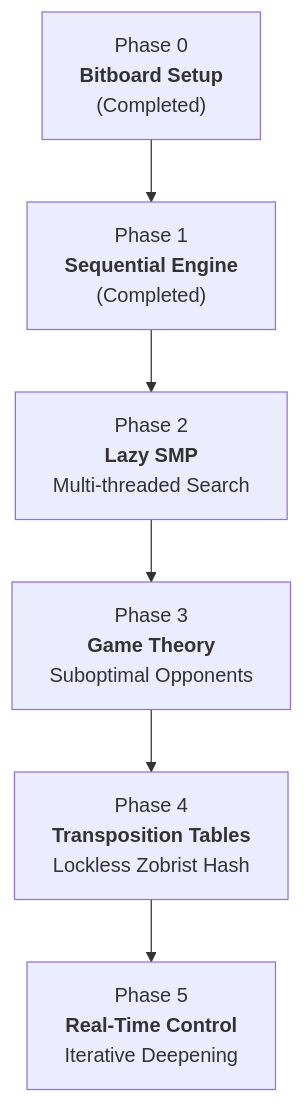
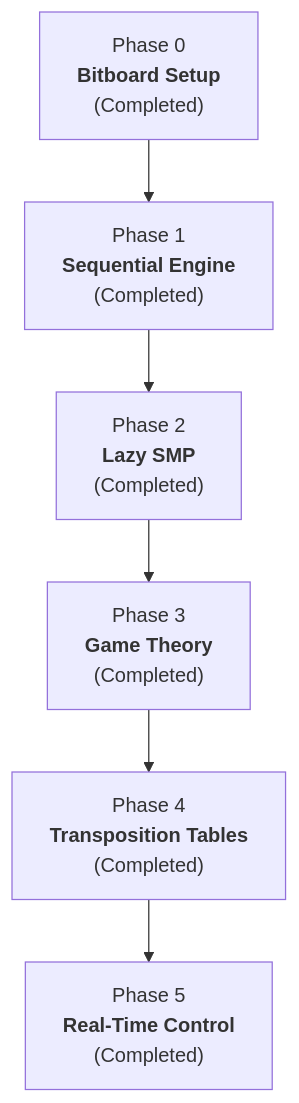
One commit to a-delavega/minimax-parallel-benchmark changed the diagram in docs/00_introduction_and_objectives.md. Above: the diagram before and after it, drawn with Mermaid. The commit also changed other lines of this file, not shown here.

Commit message:
docs: standardize O(1) notation and update completed roadmap milestones in project overview

````diff
--- a/docs/00_introduction_and_objectives.md
+++ b/docs/00_introduction_and_objectives.md
@@ -37,8 +37,8 @@
 ```mermaid
 flowchart TD
     P0["Phase 0<br/><b>Bitboard Setup</b><br/>(Completed)"] --> P1["Phase 1<br/><b>Sequential Engine</b><br/>(Completed)"]
-    P1 --> P2["Phase 2<br/><b>Lazy SMP</b><br/>Multi-threaded Search"]
-    P2 --> P3["Phase 3<br/><b>Game Theory</b><br/>Suboptimal Opponents"]
-    P3 --> P4["Phase 4<br/><b>Transposition Tables</b><br/>Lockless Zobrist Hash"]
-    P4 --> P5["Phase 5<br/><b>Real-Time Control</b><br/>Iterative Deepening"]
+    P1 --> P2["Phase 2<br/><b>Lazy SMP</b><br/>(Completed)"]
+    P2 --> P3["Phase 3<br/><b>Game Theory</b><br/>(Completed)"]
+    P3 --> P4["Phase 4<br/><b>Transposition Tables</b><br/>(Completed)"]
+    P4 --> P5["Phase 5<br/><b>Real-Time Control</b><br/>(Completed)"]
 ```
````
